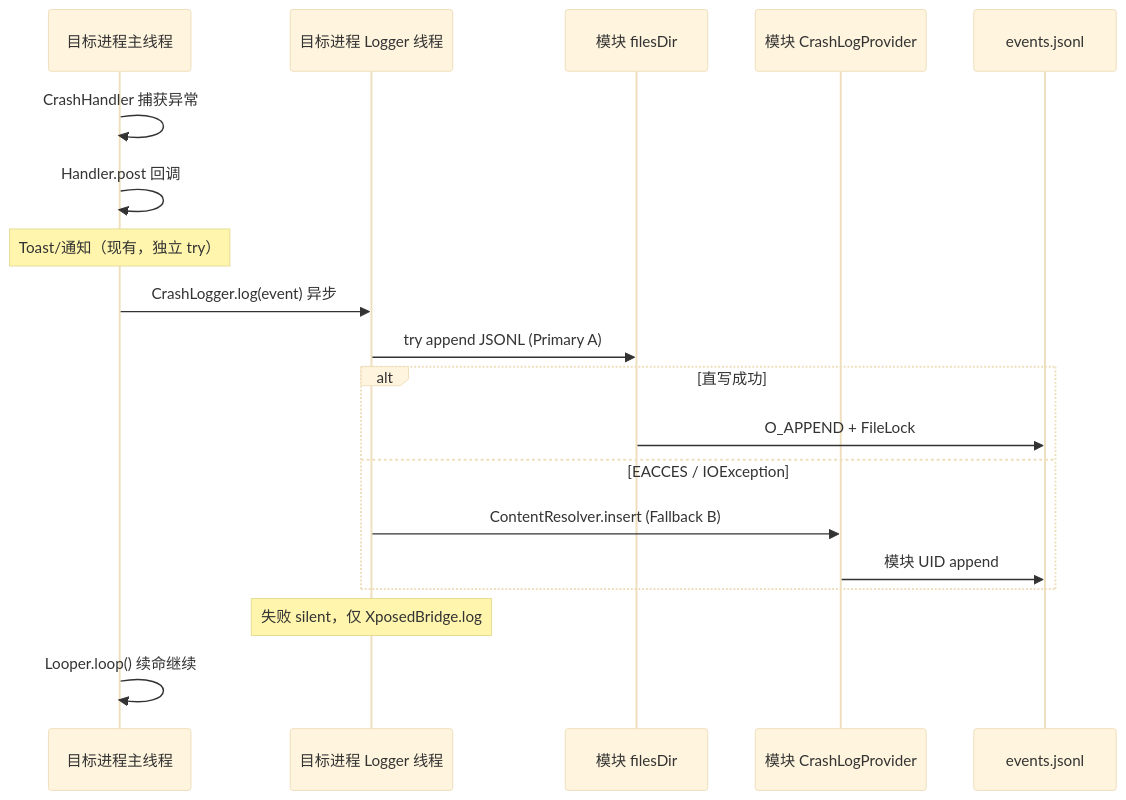
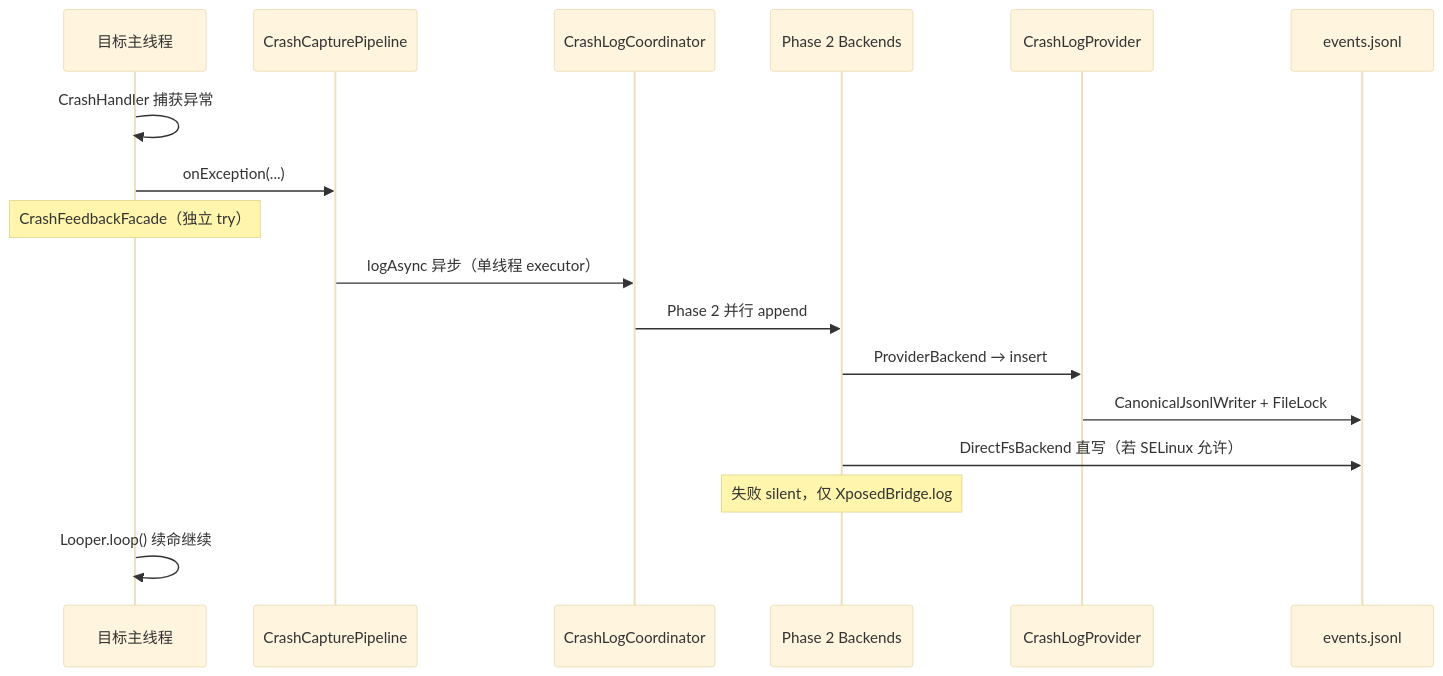
One commit to TIIEHenry/CrashCenter changed the diagram in docs/architecture/crash-log-ipc.md. Above: the diagram before and after it, drawn with Mermaid (base theme). The commit also changed other lines of this file and 59 other files, not shown here.

First line of the commit message:
feat: Phase 4B-α multi-backend crash log, 4C-β detail sheet, capture pipeline

````diff
--- a/docs/architecture/crash-log-ipc.md
+++ b/docs/architecture/crash-log-ipc.md
@@ -79,22 +133,20 @@
 ```mermaid
 sequenceDiagram
-    participant Main as 目标进程主线程
-    participant BG as 目标进程 Logger 线程
-    participant FS as 模块 filesDir
-    participant CP as 模块 CrashLogProvider
+    participant Main as 目标主线程
+    participant Pipe as CrashCapturePipeline
+    participant Coord as CrashLogCoordinator
+    participant BG as Phase 2 Backends
+    participant CP as CrashLogProvider
     participant JSONL as events.jsonl
 
     Main->>Main: CrashHandler 捕获异常
-    Main->>Main: Handler.post 回调
-    Note over Main: Toast/通知（现有，独立 try）
-    Main->>BG: CrashLogger.log(event) 异步
-    BG->>FS: try append JSONL (Primary A)
-    alt 直写成功
-        FS->>JSONL: O_APPEND + FileLock
-    else EACCES / IOException
-        BG->>CP: ContentResolver.insert (Fallback B)
-        CP->>JSONL: 模块 UID append
-    end
+    Main->>Pipe: onException(...)
+    Note over Main: CrashFeedbackFacade（独立 try）
+    Pipe->>Coord: logAsync 异步（单线程 executor）
+    Coord->>BG: Phase 2 并行 append
+    BG->>CP: ProviderBackend → insert
+    CP->>JSONL: CanonicalJsonlWriter + FileLock
+    BG->>JSONL: DirectFsBackend 直写（若 SELinux 允许）
     Note over BG: 失败 silent，仅 XposedBridge.log
     Main->>Main: Looper.loop() 续命继续
 ```
````
